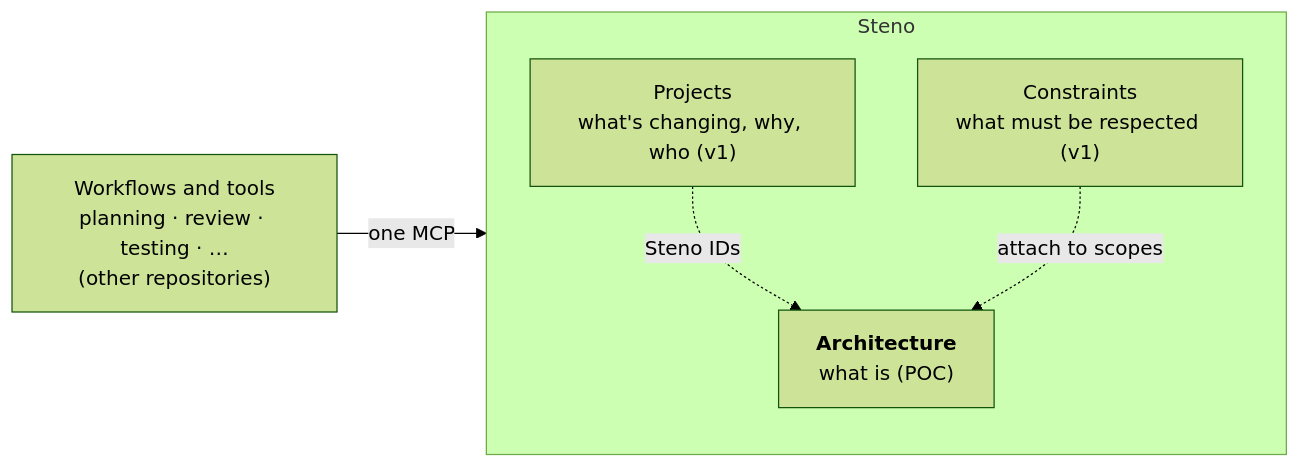
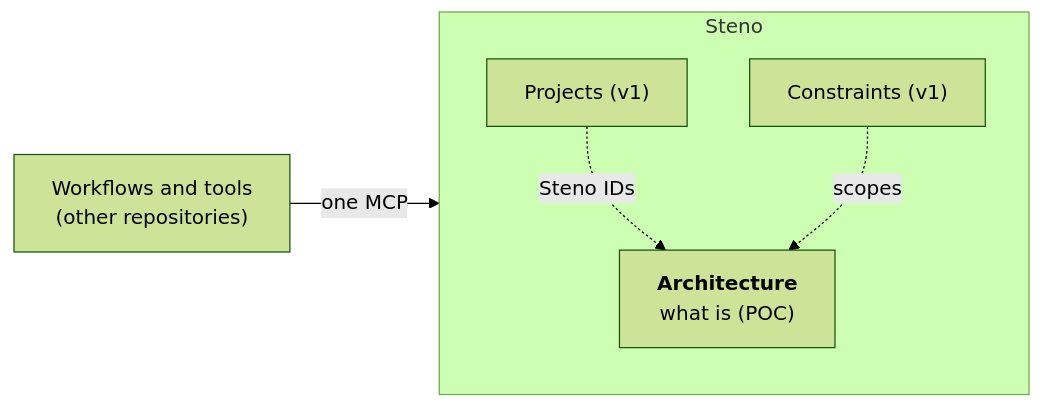
One commit to KBavis/steno changed the diagram in docs/purpose/where-steno-fits.md. Above: the diagram before and after it, drawn with Mermaid (forest theme). The commit also changed other lines of this file and 35 other files, not shown here.

First line of the commit message:
docs: simplify the docs and record D150 (flows-first routing)

````diff
--- a/docs/purpose/where-steno-fits.md
+++ b/docs/purpose/where-steno-fits.md
@@ -15,12 +10,12 @@
 ```mermaid
 flowchart LR
-    WF["Workflows and tools<br/>planning · review · testing · …<br/>(other repositories)"] -- "one MCP" --> ST
+    WF["Workflows and tools<br/>(other repositories)"] -- "one MCP" --> ST
     subgraph ST["Steno"]
       direction TB
       A["<b>Architecture</b><br/>what is (POC)"]
-      P["Projects<br/>what's changing, why, who (v1)"]
-      C["Constraints<br/>what must be respected (v1)"]
+      P["Projects (v1)"]
+      C["Constraints (v1)"]
       P -. "Steno IDs" .-> A
-      C -. "attach to scopes" .-> A
+      C -. "scopes" .-> A
     end
 ```
````
